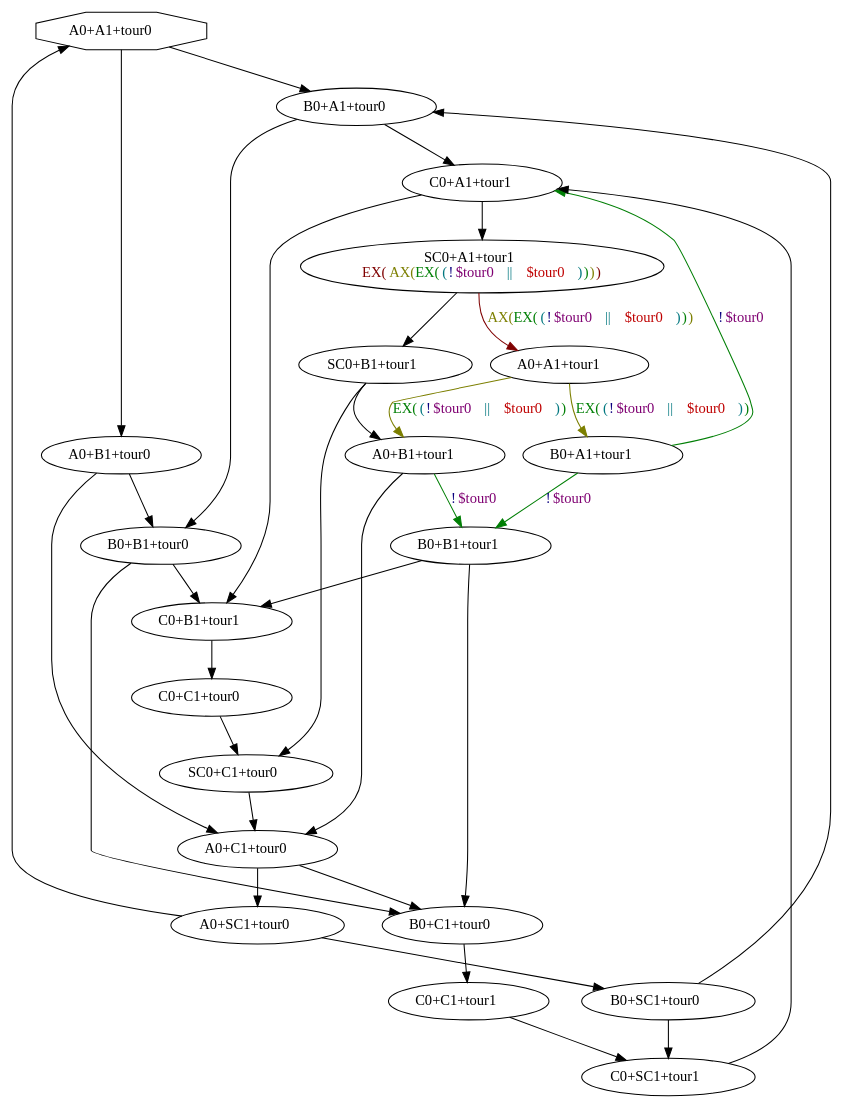
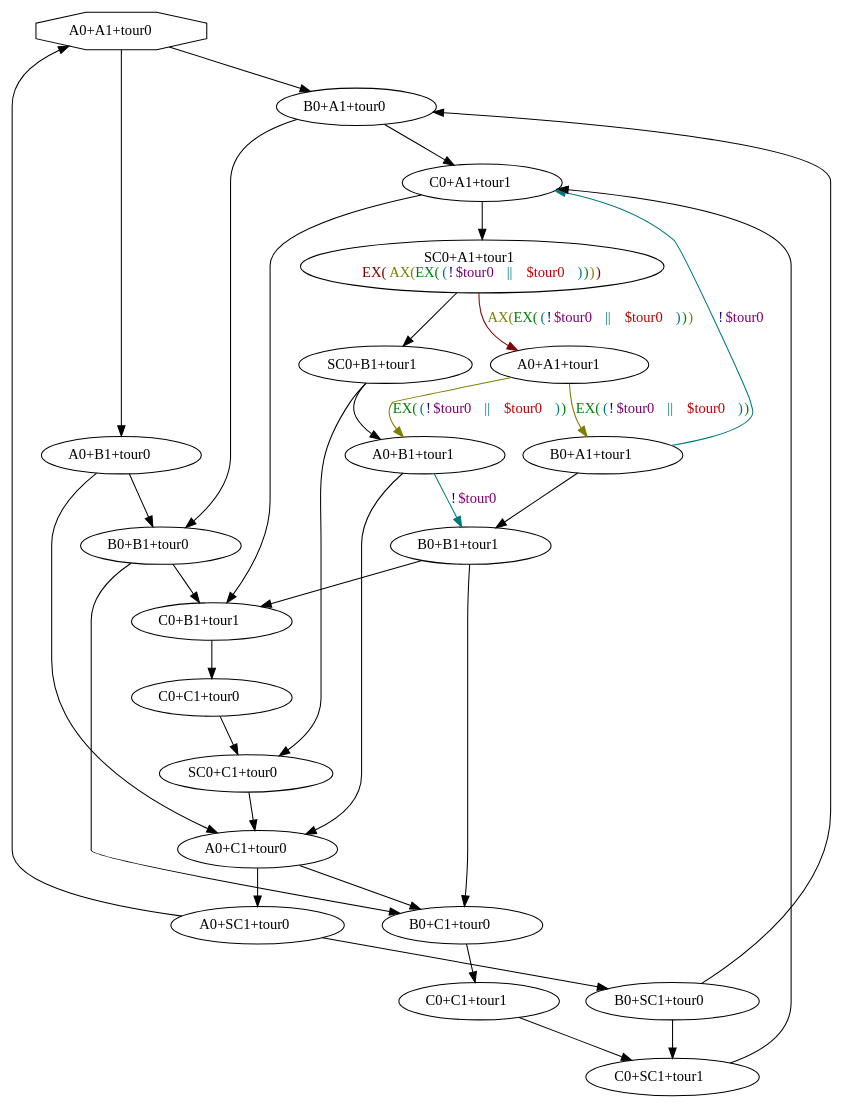
Before and after one commit to howiepowie/m1projctl2012g6: the diagram in test justifie 3.dot, drawn with Graphviz. The commit also changed 75 other files, not shown here.

```diff
--- a/test justifie 3.dot
+++ b/test justifie 3.dot
@@ -1,56 +1,56 @@
 digraph system {
 N0 [label=<A0+A1+tour0>,shape=octagon]
 N1 [label=<B0+A1+tour0>]
 N2 [label=<C0+A1+tour1>]
 N3 [label=<SC0+A1+tour1<BR/><FONT COLOR="0.0 1 0.5">EX(<FONT COLOR="0.17 1 0.5">AX(<FONT COLOR="0.34 1 0.5">EX(<FONT COLOR="0.51 1 0.5">(<FONT COLOR="0.68 1 0.5">!<FONT COLOR="0.85 1 0.5">$tour0</FONT></FONT> || <FONT COLOR="1.02 1 0.75">$tour0</FONT>)</FONT>)</FONT>)</FONT>)</FONT>>]
 N4 [label=<A0+A1+tour1>]
 N5 [label=<B0+A1+tour1>]
 N6 [label=<B0+B1+tour1>]
 N7 [label=<C0+B1+tour1>]
 N8 [label=<C0+C1+tour0>]
 N9 [label=<SC0+C1+tour0>]
 N10 [label=<A0+C1+tour0>]
 N11 [label=<B0+C1+tour0>]
 N12 [label=<C0+C1+tour1>]
 N13 [label=<C0+SC1+tour1>]
 N14 [label=<A0+SC1+tour0>]
 N15 [label=<B0+SC1+tour0>]
 N16 [label=<A0+B1+tour1>]
 N17 [label=<SC0+B1+tour1>]
 N18 [label=<B0+B1+tour0>]
 N19 [label=<A0+B1+tour0>]
 N0 -> N1
 N0 -> N19
 N1 -> N2
 N1 -> N18
 N2 -> N3
 N2 -> N7
 N3 -> N17
+N5 -> N6
 N6 -> N7
 N6 -> N11
 N7 -> N8
 N8 -> N9
 N9 -> N10
 N10 -> N11
 N10 -> N14
 N11 -> N12
 N12 -> N13
 N13 -> N2
 N14 -> N15
 N14 -> N0
 N15 -> N13
 N15 -> N1
 N16 -> N10
 N17 -> N16
 N17 -> N9
 N18 -> N7
 N18 -> N11
 N19 -> N18
 N19 -> N10
-N16 -> N6 [color="0.34 1 0.5",label=<<FONT COLOR="0.68 1 0.5">!<FONT COLOR="0.85 1 0.5">$tour0</FONT></FONT>>]
+N16 -> N6 [color="0.51 1 0.5",label=<<FONT COLOR="0.68 1 0.5">!<FONT COLOR="0.85 1 0.5">$tour0</FONT></FONT>>]
 N4 -> N5 [color="0.17 1 0.5",label=<<FONT COLOR="0.34 1 0.5">EX(<FONT COLOR="0.51 1 0.5">(<FONT COLOR="0.68 1 0.5">!<FONT COLOR="0.85 1 0.5">$tour0</FONT></FONT> || <FONT COLOR="1.02 1 0.75">$tour0</FONT>)</FONT>)</FONT>>]
-N5 -> N2 [color="0.34 1 0.5",label=<<FONT COLOR="0.68 1 0.5">!<FONT COLOR="0.85 1 0.5">$tour0</FONT></FONT>>]
-N5 -> N6 [color="0.34 1 0.5",label=<<FONT COLOR="0.68 1 0.5">!<FONT COLOR="0.85 1 0.5">$tour0</FONT></FONT>>]
 N4 -> N16 [color="0.17 1 0.5",label=<<FONT COLOR="0.34 1 0.5">EX(<FONT COLOR="0.51 1 0.5">(<FONT COLOR="0.68 1 0.5">!<FONT COLOR="0.85 1 0.5">$tour0</FONT></FONT> || <FONT COLOR="1.02 1 0.75">$tour0</FONT>)</FONT>)</FONT>>]
 N3 -> N4 [color="0.0 1 0.5",label=<<FONT COLOR="0.17 1 0.5">AX(<FONT COLOR="0.34 1 0.5">EX(<FONT COLOR="0.51 1 0.5">(<FONT COLOR="0.68 1 0.5">!<FONT COLOR="0.85 1 0.5">$tour0</FONT></FONT> || <FONT COLOR="1.02 1 0.75">$tour0</FONT>)</FONT>)</FONT>)</FONT>>]
+N5 -> N2 [color="0.51 1 0.5",label=<<FONT COLOR="0.68 1 0.5">!<FONT COLOR="0.85 1 0.5">$tour0</FONT></FONT>>]
 }
```
